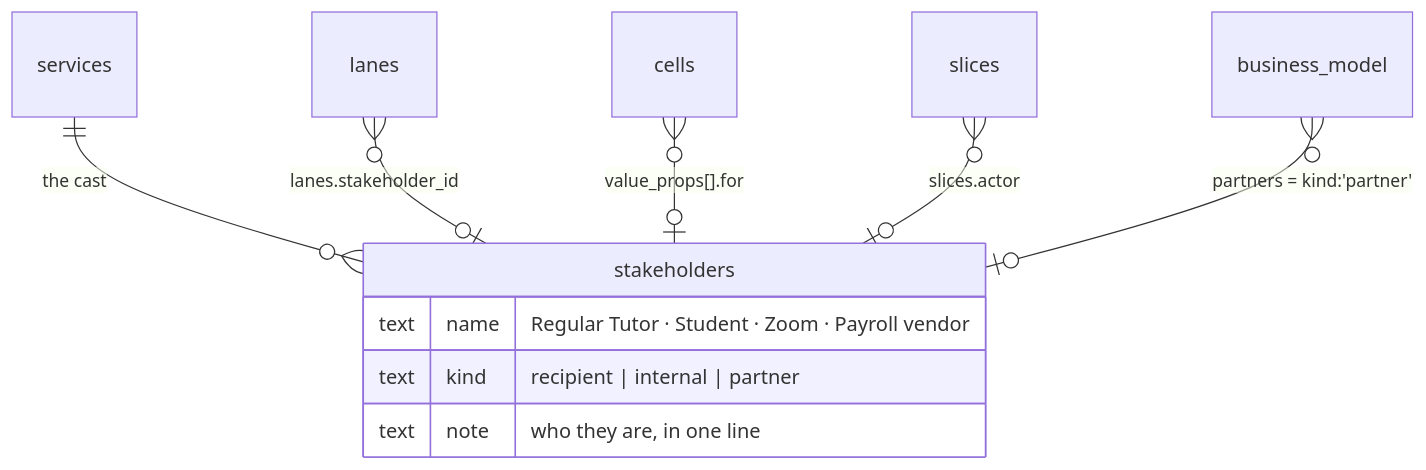
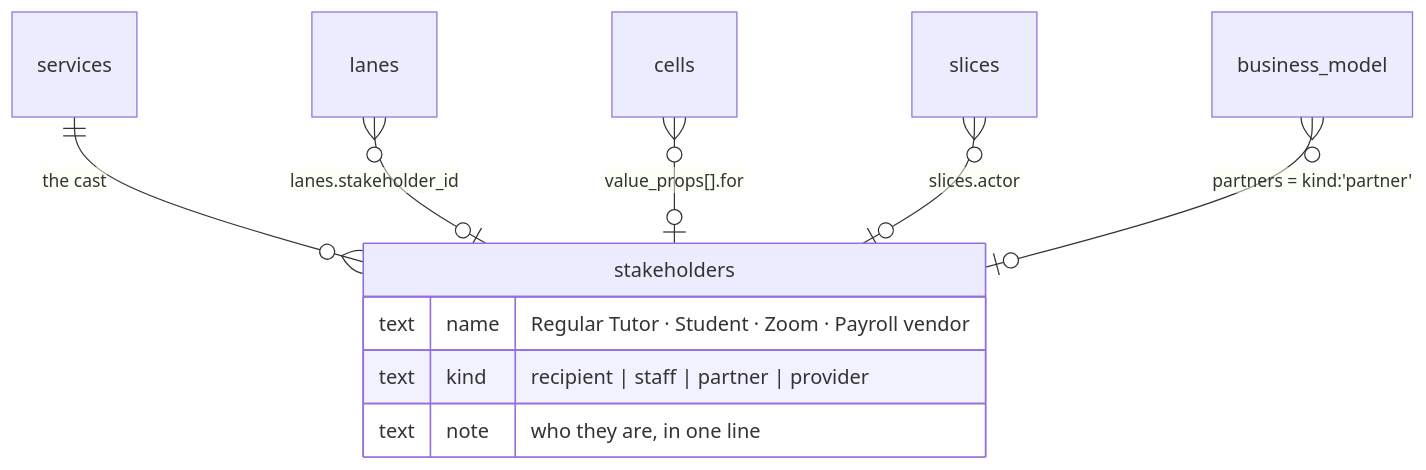
One commit to BilLogic/plus-uno-blueprint changed the second of 2 diagrams in docs/plans/2026-08-20-006-design-data-model.md. Above: the diagram before and after it, drawn with Mermaid. The commit also changed other lines of this file and 3 other files, not shown here.

First line of the commit message:
docs(plans): scenario panel hosts paths, steps.summary, provider kind, multi-service front end

````diff
--- a/docs/plans/2026-08-20-006-design-data-model.md
+++ b/docs/plans/2026-08-20-006-design-data-model.md
@@ -290,13 +398,13 @@
 ```mermaid
 erDiagram
     services ||--o{ stakeholders : "the cast"
     stakeholders {
         text name  "Regular Tutor · Student · Zoom · Payroll vendor"
-        text kind  "recipient | internal | partner"
+        text kind  "recipient | staff | partner | provider"
         text note  "who they are, in one line"
     }
     lanes           }o--o| stakeholders : "lanes.stakeholder_id"
     cells           }o--o| stakeholders : "value_props[].for"
     slices          }o--o| stakeholders : "slices.actor"
     business_model  }o--o| stakeholders : "partners = kind:'partner'"
 ```
````
